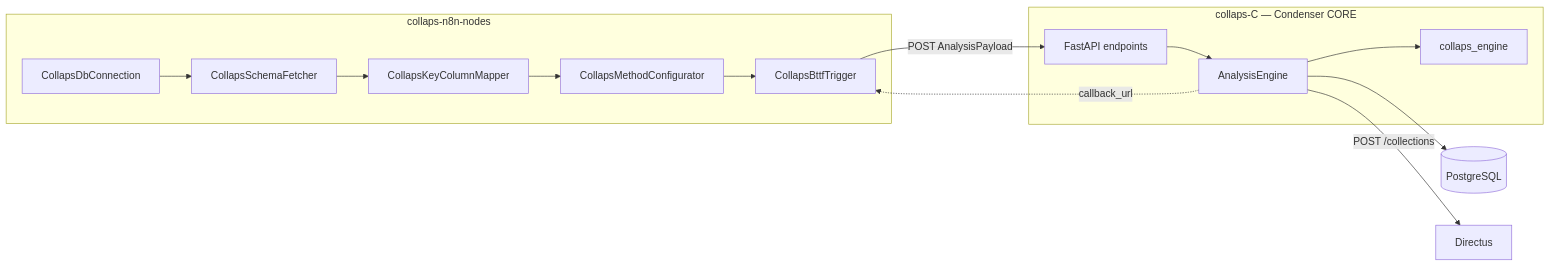
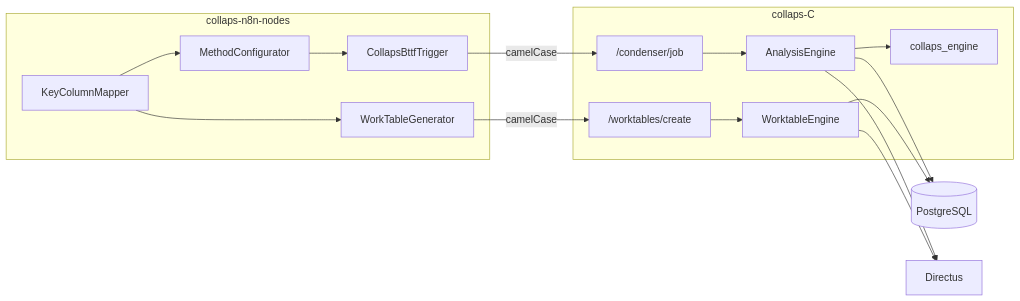
One commit to jgutierrez-kubic/collaps-docs changed the diagram in arquitectura/componentes-y-limites.md. Above: the diagram before and after it, drawn with Mermaid. The commit also changed other lines of this file and 12 other files, not shown here.

Commit message:
docs: actualizacion masiva para reflejar Refactor Core (camelCase, chunking, columnas indexadas y WorkTables)

````diff
--- a/arquitectura/componentes-y-limites.md
+++ b/arquitectura/componentes-y-limites.md
@@ -7,27 +7,30 @@
 ```mermaid
 flowchart LR
   subgraph n8n["collaps-n8n-nodes"]
-    DB[CollapsDbConnection]
-    SCH[CollapsSchemaFetcher]
-    MAP[CollapsKeyColumnMapper]
-    METH[CollapsMethodConfigurator]
+    MAP[KeyColumnMapper]
+    METH[MethodConfigurator]
     TRG[CollapsBttfTrigger]
+    WT[WorkTableGenerator]
   end
 
-  subgraph core["collaps-C — Condenser CORE"]
-    API[FastAPI endpoints]
+  subgraph core["collaps-C"]
+    API1["/condenser/job"]
+    API2["/worktables/create"]
     AE[AnalysisEngine]
+    WTE[WorktableEngine]
     CE[collaps_engine]
   end
 
   PG[(PostgreSQL)]
   DX[Directus]
 
-  DB --> SCH --> MAP --> METH --> TRG
-  TRG -->|POST AnalysisPayload| API
-  API --> AE
+  MAP --> METH --> TRG
+  MAP --> WT
+  TRG -->|camelCase| API1 --> AE
+  WT -->|camelCase| API2 --> WTE
   AE --> PG
   AE --> CE
-  AE -->|POST /collections| DX
-  AE -.->|callback_url| TRG
+  WTE --> PG
+  AE --> DX
+  WTE --> DX
 ```
````
